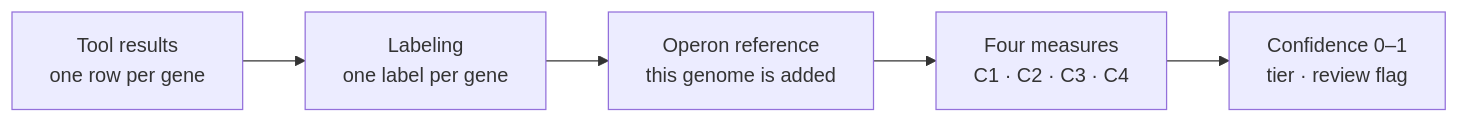
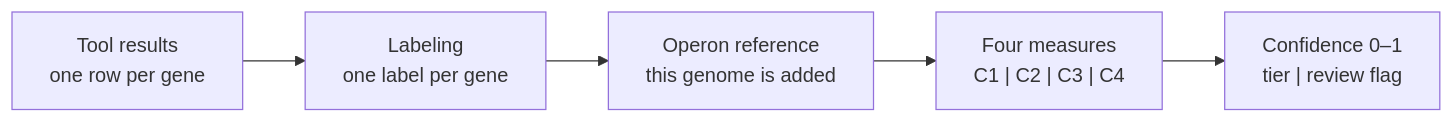
The diagram in README.md (Diet-Microbiome-Interactions-Lab/margie-project-2026), drawn with Mermaid before and after one commit. The commit also changed 8 other files, not shown here.

Commit message:
separators read | rather than a dot: genetic codes, queue limits, phases, the folders line, figure titles and the circular map's centre

````diff
--- a/README.md
+++ b/README.md
@@ -148,7 +148,7 @@
 ```mermaid
 flowchart LR
     T["Tool results<br/>one row per gene"] --> L["Labeling<br/>one label per gene"]
     L --> R["Operon reference<br/>this genome is added"]
-    R --> C["Four measures<br/>C1 · C2 · C3 · C4"]
-    C --> F["Confidence 0–1<br/>tier · review flag"]
+    R --> C["Four measures<br/>C1 | C2 | C3 | C4"]
+    C --> F["Confidence 0–1<br/>tier | review flag"]
 ```
````
